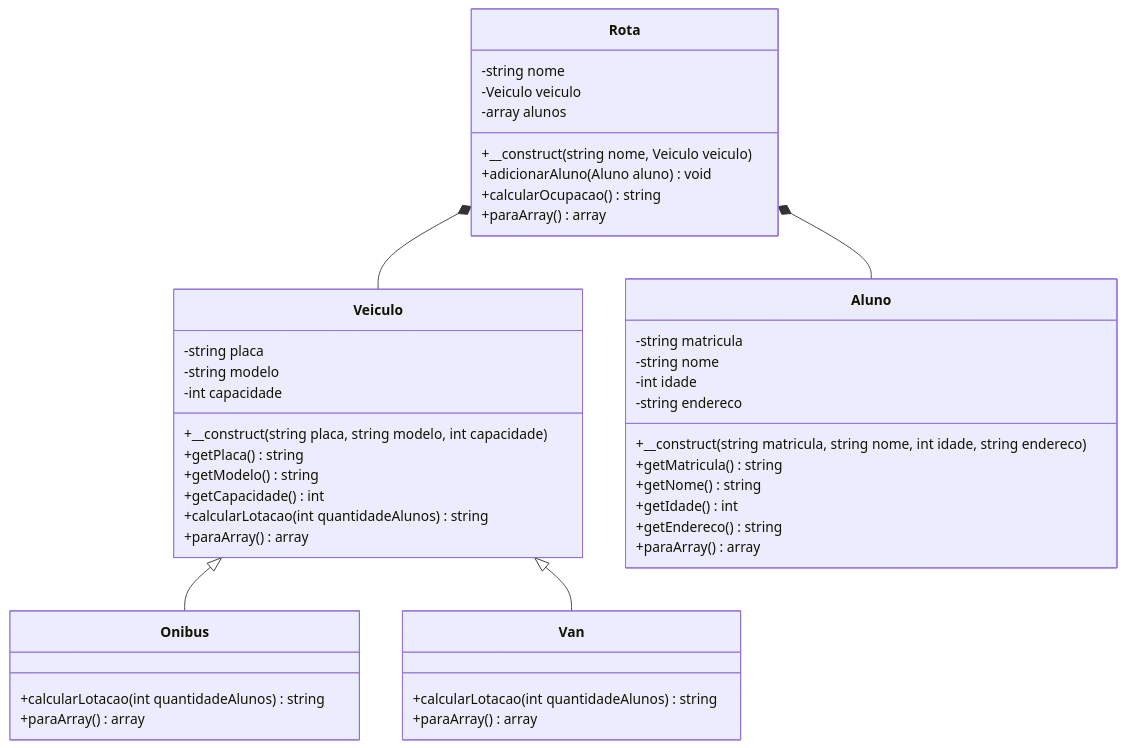
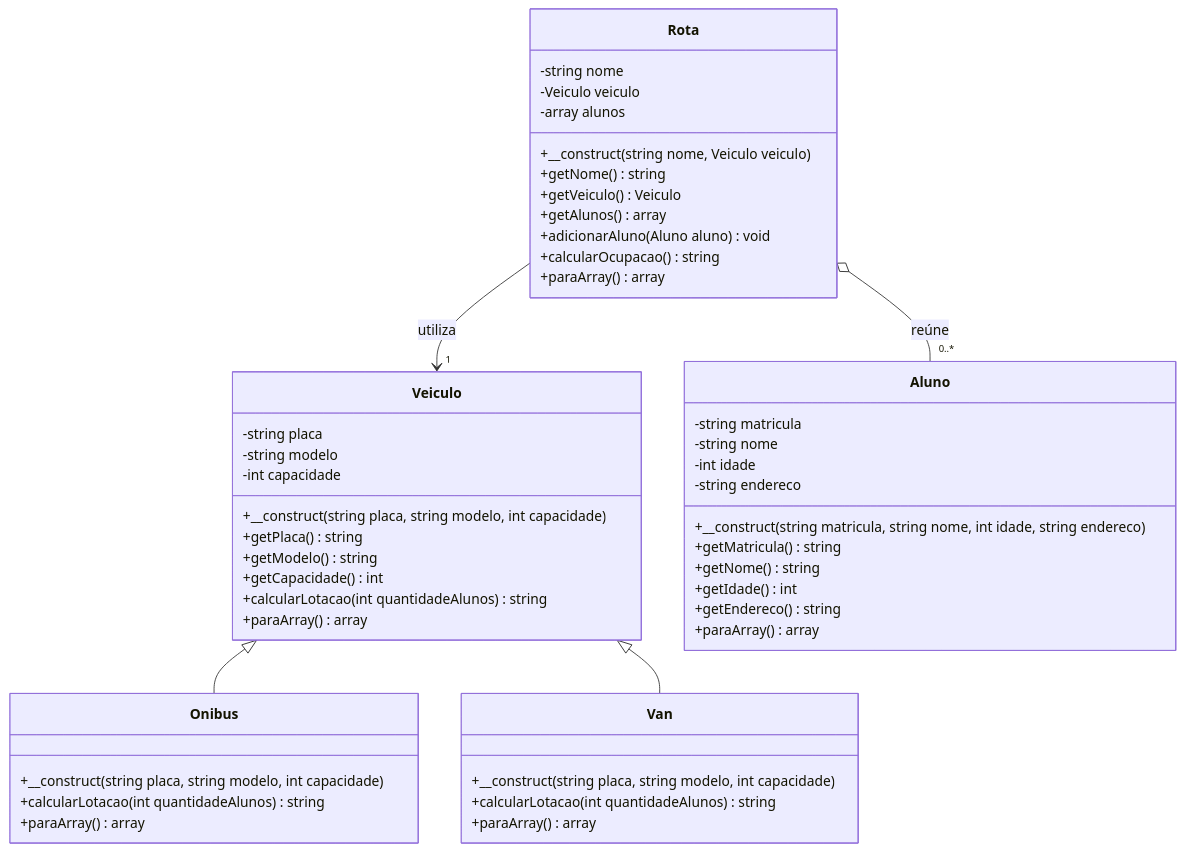
The diagram in docs/modelagem.md (fernando-ferreira-caval/pweb1-trabalho-oo), drawn with Mermaid before and after one commit. The commit also changed other lines of this file and 8 other files, not shown here.

````diff
--- a/docs/modelagem.md
+++ b/docs/modelagem.md
@@ -7,52 +18,57 @@
 ```mermaid
 classDiagram
     Veiculo <|-- Onibus
     Veiculo <|-- Van
-    Rota *-- Veiculo
-    Rota *-- Aluno
+    Rota --> "1" Veiculo : utiliza
+    Rota o-- "0..*" Aluno : reúne
 
     class Veiculo {
         -string placa
         -string modelo
         -int capacidade
         +__construct(string placa, string modelo, int capacidade)
         +getPlaca() string
         +getModelo() string
         +getCapacidade() int
         +calcularLotacao(int quantidadeAlunos) string
         +paraArray() array
     }
 
     class Onibus {
+        +__construct(string placa, string modelo, int capacidade)
         +calcularLotacao(int quantidadeAlunos) string
         +paraArray() array
     }
 
     class Van {
+        +__construct(string placa, string modelo, int capacidade)
         +calcularLotacao(int quantidadeAlunos) string
         +paraArray() array
     }
 
     class Aluno {
         -string matricula
         -string nome
         -int idade
         -string endereco
         +__construct(string matricula, string nome, int idade, string endereco)
         +getMatricula() string
         +getNome() string
         +getIdade() int
         +getEndereco() string
         +paraArray() array
     }
 
     class Rota {
         -string nome
         -Veiculo veiculo
         -array alunos
         +__construct(string nome, Veiculo veiculo)
+        +getNome() string
+        +getVeiculo() Veiculo
+        +getAlunos() array
         +adicionarAluno(Aluno aluno) void
         +calcularOcupacao() string
         +paraArray() array
     }
 ```
````
